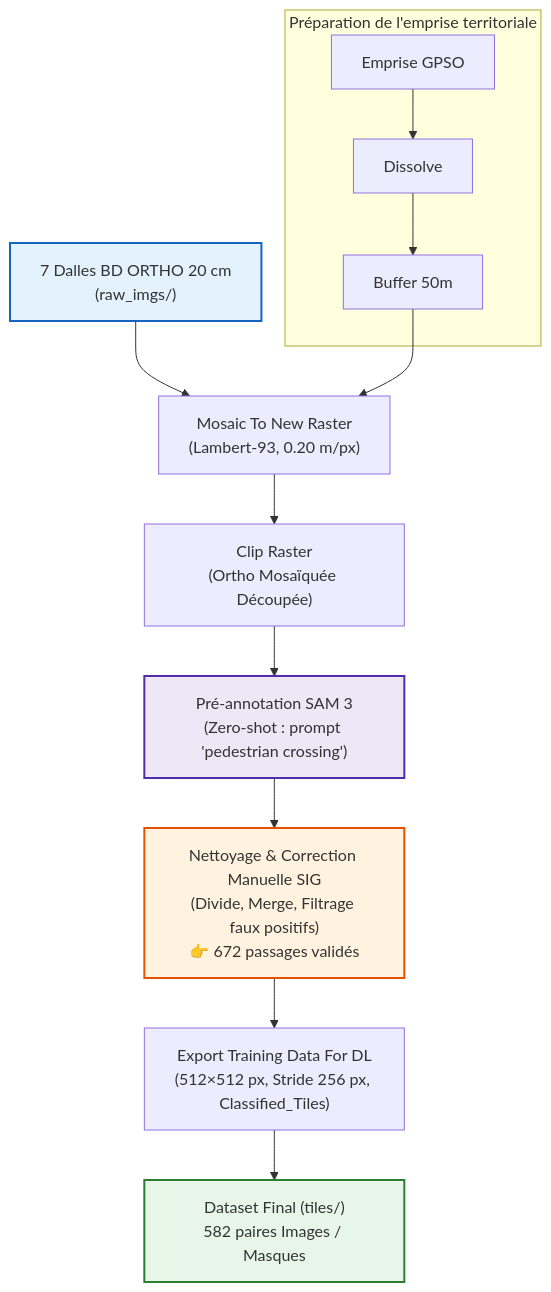
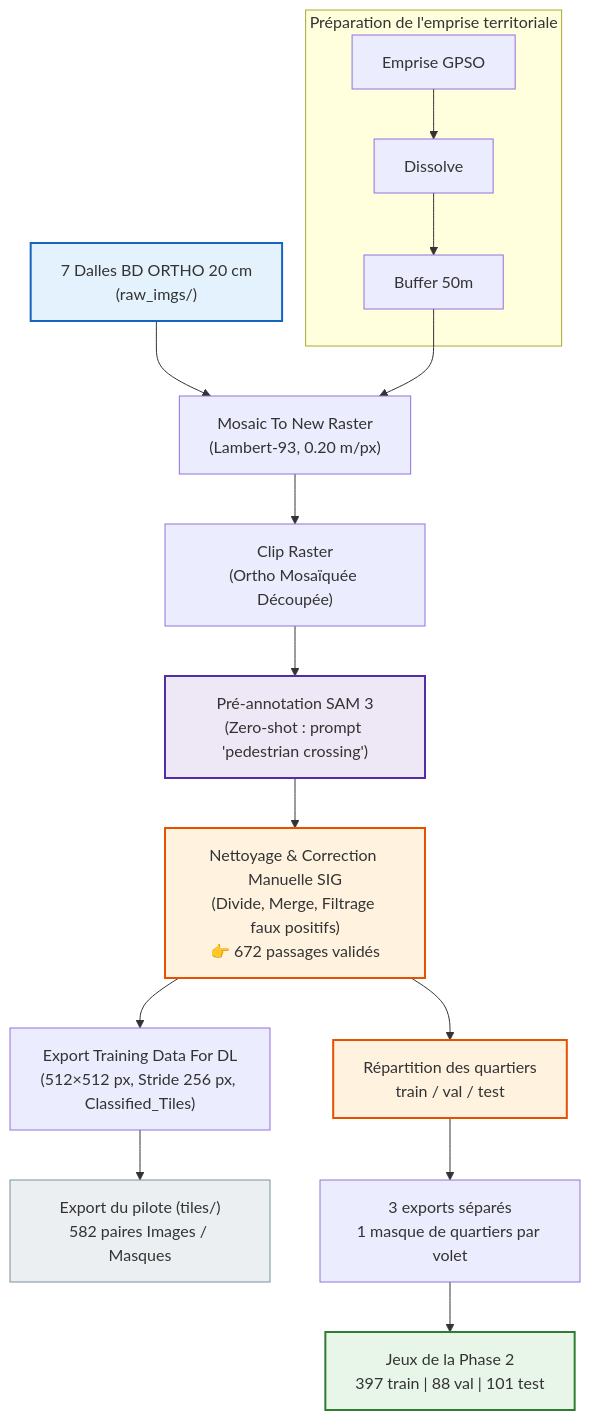
The diagram in cahier_recherche/02_acquisition_de_donnees/README.md (DIGIT-Seine-Ouest/gpso-crosswalks-20cm), drawn with Mermaid before and after one commit. The commit also changed other lines of this file and 3 other files, not shown here.

Commit message:
chore : cahier du chercheur pour suivi du projet DL step train test val avec des données qui ne se chevauchent pas.

````diff
--- a/cahier_recherche/02_acquisition_de_donnees/README.md
+++ b/cahier_recherche/02_acquisition_de_donnees/README.md
@@ -9,20 +9,26 @@
 ```mermaid
 flowchart TD
     A["7 Dalles BD ORTHO 20 cm<br>(raw_imgs/)"] --> M["Mosaic To New Raster<br>(Lambert-93, 0.20 m/px)"]
     
     subgraph S_EMPRISE ["Préparation de l'emprise territoriale"]
         E["Emprise GPSO"] --> D["Dissolve"] --> B["Buffer 50m"]
     end
     
     B --> M
     M --> C["Clip Raster<br>(Ortho Mosaïquée Découpée)"]
     C --> SAM["Pré-annotation SAM 3<br>(Zero-shot : prompt 'pedestrian crossing')"]
     SAM --> EDIT["Nettoyage & Correction Manuelle SIG<br>(Divide, Merge, Filtrage faux positifs)<br>👉 672 passages validés"]
     EDIT --> EXP["Export Training Data For DL<br>(512×512 px, Stride 256 px, Classified_Tiles)"]
-    EXP --> TILES["Dataset Final (tiles/)<br>582 paires Images / Masques"]
+    EXP --> TILES["Export du pilote (tiles/)<br>582 paires Images / Masques"]
+
+    EDIT --> SPLIT["Répartition des quartiers<br>train / val / test"]
+    SPLIT --> EXP3["3 exports séparés<br>1 masque de quartiers par volet"]
+    EXP3 --> SETS["Jeux de la Phase 2<br>397 train | 88 val | 101 test"]
 
     style A fill:#e3f2fd,stroke:#1565c0,stroke-width:2px
     style SAM fill:#ede7f6,stroke:#512da8,stroke-width:2px
     style EDIT fill:#fff3e0,stroke:#e65100,stroke-width:2px
-    style TILES fill:#e8f5e9,stroke:#2e7d32,stroke-width:2px
+    style TILES fill:#eceff1,stroke:#78909c,stroke-width:1px
+    style SPLIT fill:#fff3e0,stroke:#e65100,stroke-width:2px
+    style SETS fill:#e8f5e9,stroke:#2e7d32,stroke-width:2px
 ```
````
